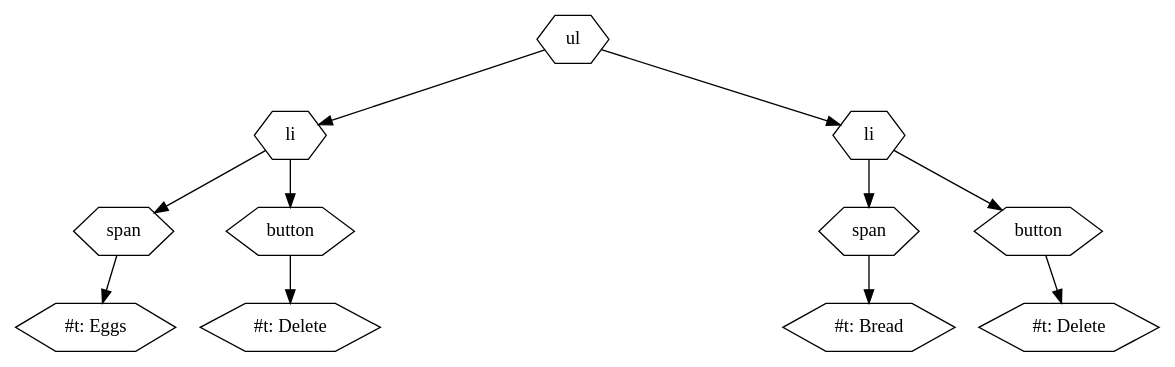
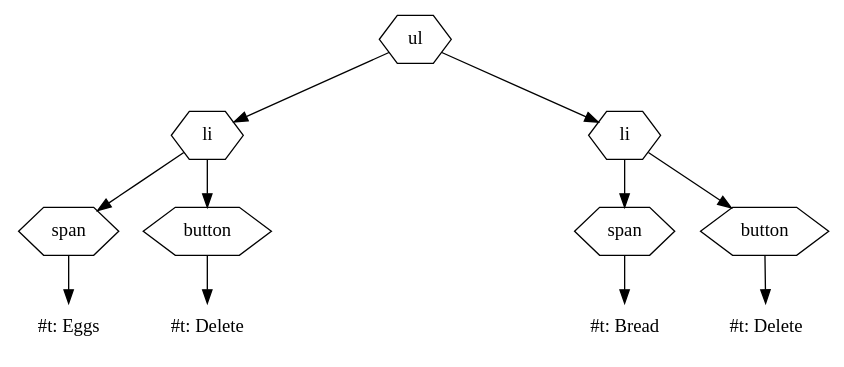
Before and after one commit to nikclayton/web-courseware: the fourth of 4 diagrams in courseware/week2/shopping/shopping.org, drawn with Graphviz. The commit also changed other lines of this file, not shown here.

```diff
--- a/courseware/week2/shopping/shopping.org
+++ b/courseware/week2/shopping/shopping.org
@@ -1193,43 +1202,43 @@
  #+BEGIN_SRC dot :file list-item-graph4.svg :cmdline -Tsvg -Gstylesheet=../../graphviz.css
  digraph G {
    node [shape="hexagon"];
 
    ul -> li1;
    ul -> li2 [style=invis];
    ul -> li3;
 
    li1 [label="li"];
    li1 -> span1;
    li1 -> button1;
 
    span1 [label="span"];
    span1 -> span_content1;
-   span_content1 [label="#t: Eggs"];
+   span_content1 [label="#t: Eggs" shape=none];
    button1 [label="button"];
    button1 -> button_content1;
-   button_content1 [label="#t: Delete"];
+   button_content1 [label="#t: Delete" shape=none];
 
    li2 [label="li" style=invis];
 
    li2 -> span2 [style=invis];
    li2 -> button2 [style=invis];
 
    span2 [label="span" style=invis];
    span2 -> span_content2 [style=invis];
-   span_content2 [label="#t: Milk" style=invis];
+   span_content2 [label="#t: Milk" style=invis shape=none];
    button2 [label="button" style=invis];
    button2 -> button_content2 [style=invis];
-   button_content2 [label="#t: Delete" style=invis];
+   button_content2 [label="#t: Delete" style=invis shape=none];
 
    li3 [label="li"];
    li3 -> span3
    li3 -> button3
 
    span3 [label="span"];
    span3 -> span_content3;
-   span_content3 [label="#t: Bread"];
+   span_content3 [label="#t: Bread" shape=none];
    button3 [label="button"];
    button3 -> button_content3;
-   button_content3 [label="#t: Delete"];
+   button_content3 [label="#t: Delete" shape=none];
  }
  #+END_SRC
```
